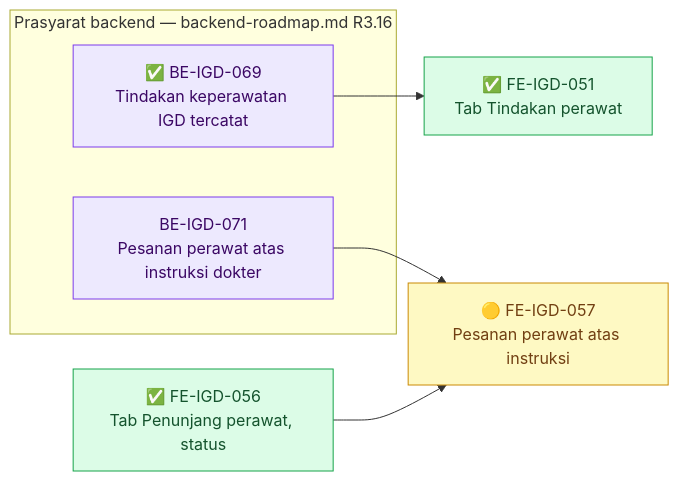
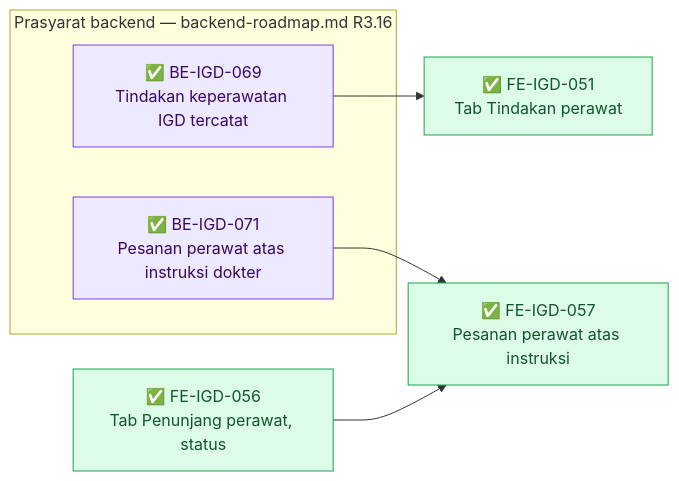
One commit to DevBenari/NewQuilvianSystemBackend changed diagram 18 of 19 in docs/module-blueprints/igd/roadmap/frontend-roadmap.md. Above: the diagram before and after it, drawn with Mermaid. The commit also changed other lines of this file and 6 other files, not shown here.

First line of the commit message:
docs(igd): BE-IGD-071, FE-IGD-057, FE-IGD-058 selesai — MVP-9 DONE

````diff
--- a/docs/module-blueprints/igd/roadmap/frontend-roadmap.md
+++ b/docs/module-blueprints/igd/roadmap/frontend-roadmap.md
@@ -2189,21 +2189,21 @@
 ```mermaid
 flowchart LR
     classDef selesai fill:#DCFCE7,stroke:#16A34A,color:#14532D
     classDef sebagian fill:#FEF9C3,stroke:#CA8A04,color:#713F12
     classDef terblokir fill:#FEE2E2,stroke:#DC2626,color:#7F1D1D
     classDef belum fill:#F1F5F9,stroke:#64748B,color:#0F172A
     classDef luar fill:#EDE9FE,stroke:#7C3AED,color:#3B0764
 
     subgraph backend1404["Prasyarat backend — backend-roadmap.md R3.16"]
         BEIGD069P["✅ BE-IGD-069<br/>Tindakan keperawatan IGD tercatat"]:::luar
-        BEIGD071P["BE-IGD-071<br/>Pesanan perawat atas instruksi dokter"]:::luar
+        BEIGD071P["✅ BE-IGD-071<br/>Pesanan perawat atas instruksi dokter"]:::luar
     end
 
     FEIGD051["✅ FE-IGD-051<br/>Tab Tindakan perawat"]:::selesai
     FEIGD056["✅ FE-IGD-056<br/>Tab Penunjang perawat, status"]:::selesai
-    FEIGD057["🟡 FE-IGD-057<br/>Pesanan perawat atas instruksi"]:::sebagian
+    FEIGD057["✅ FE-IGD-057<br/>Pesanan perawat atas instruksi"]:::selesai
 
     BEIGD069P --> FEIGD051
     FEIGD056 --> FEIGD057
     BEIGD071P --> FEIGD057
 ```
````
